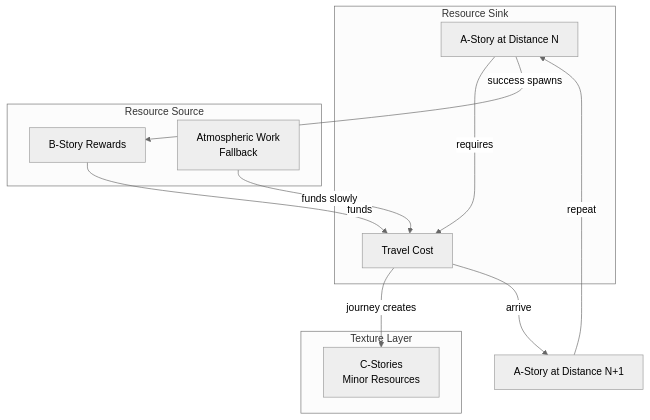
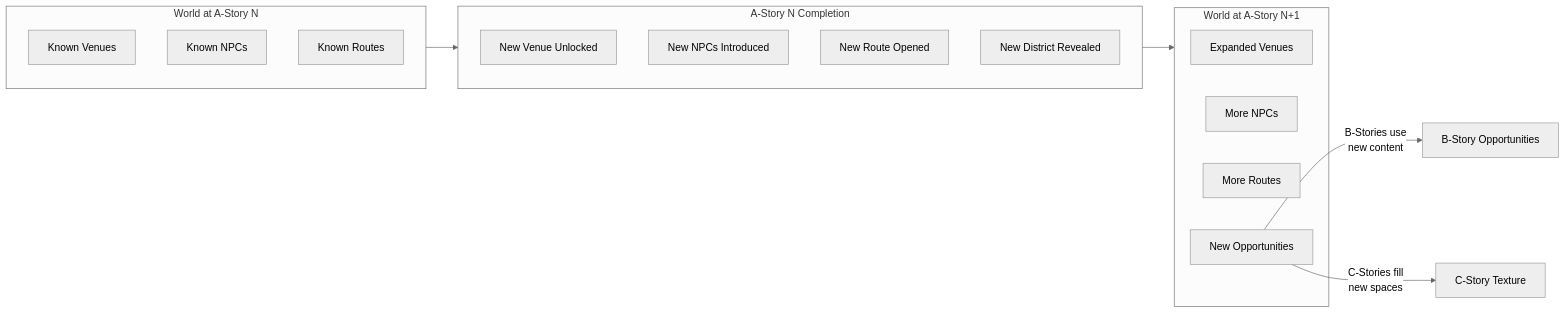
The second of 3 diagrams in gdd/ENDLESS_STORY_DESIGN.md (meatz89/Wayfarer), drawn with Mermaid (neutral theme) before and after one commit. The commit also changed other lines of this file, not shown here.

First line of the commit message:
docs: Expand flow diagrams with bigger concept visualizations

````diff
--- a/gdd/ENDLESS_STORY_DESIGN.md
+++ b/gdd/ENDLESS_STORY_DESIGN.md
@@ -48,25 +176,28 @@
 ```mermaid
-flowchart TD
-    subgraph "Resource Sink"
-        A1[A-Story at Distance N]
-        T[Travel Cost]
+flowchart LR
+    subgraph WORLD_START["World at A-Story N"]
+        W1[Known Venues]
+        W2[Known NPCs]
+        W3[Known Routes]
     end
 
-    subgraph "Resource Source"
-        B[B-Story Rewards]
-        W[Atmospheric Work<br/>Fallback]
+    subgraph ASTORY_N["A-Story N Completion"]
+        A1[New Venue Unlocked]
+        A2[New NPCs Introduced]
+        A3[New Route Opened]
+        A4[New District Revealed]
     end
 
-    subgraph "Texture Layer"
-        C[C-Stories<br/>Minor Resources]
+    subgraph WORLD_GROWN["World at A-Story N+1"]
+        W4[Expanded Venues]
+        W5[More NPCs]
+        W6[More Routes]
+        W7[New Opportunities]
     end
 
-    A1 -->|requires| T
-    B -->|funds| T
-    W -->|funds slowly| T
-    T -->|journey creates| C
+    WORLD_START --> ASTORY_N
+    ASTORY_N --> WORLD_GROWN
 
-    A1 -->|success spawns| B
-    T -->|arrive| A2[A-Story at Distance N+1]
-    A2 -->|repeat| A1
+    W7 -->|"B-Stories use<br/>new content"| B[B-Story Opportunities]
+    W7 -->|"C-Stories fill<br/>new spaces"| C[C-Story Texture]
 ```
````
